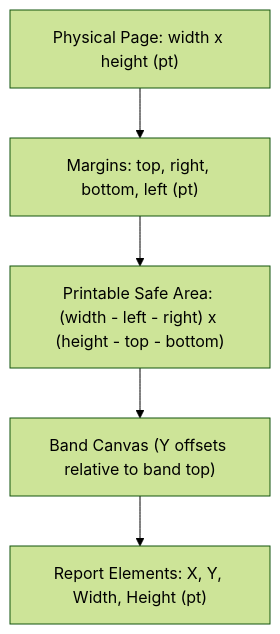
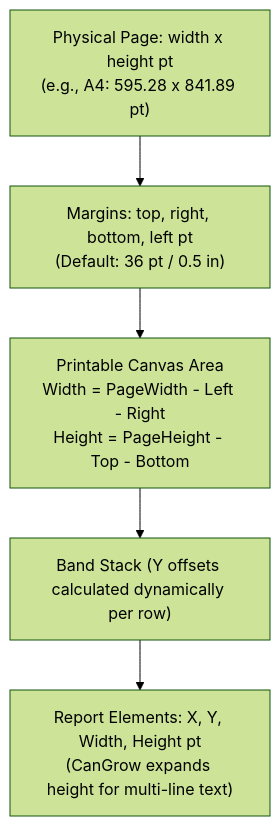
One commit to ssoad/OpenReport changed the second of 3 diagrams in docs/REPORT_SCHEMA.md. Above: the diagram before and after it, drawn with Mermaid (forest theme). The commit also changed other lines of this file and 19 other files, not shown here.

Commit message:
docs: fix github pages spa, add 24 visual mermaid diagrams, and complete doc guides

````diff
--- a/docs/REPORT_SCHEMA.md
+++ b/docs/REPORT_SCHEMA.md
@@ -99,13 +122,13 @@
 ```mermaid
 flowchart TD
-    PAGE["Physical Page: width x height (pt)"]
-    MARGINS["Margins: top, right, bottom, left (pt)"]
-    PRINTABLE["Printable Safe Area: (width - left - right) x (height - top - bottom)"]
-    BANDS["Band Canvas (Y offsets relative to band top)"]
-    ELEMENTS["Report Elements: X, Y, Width, Height (pt)"]
+    PAGE["Physical Page: width x height pt<br/>(e.g., A4: 595.28 x 841.89 pt)"]
+    MARGINS["Margins: top, right, bottom, left pt<br/>(Default: 36 pt / 0.5 in)"]
+    PRINTABLE["Printable Canvas Area<br/>Width = PageWidth - Left - Right<br/>Height = PageHeight - Top - Bottom"]
+    BANDS["Band Stack (Y offsets calculated dynamically per row)"]
+    ELEMENTS["Report Elements: X, Y, Width, Height pt<br/>(CanGrow expands height for multi-line text)"]
 
     PAGE --> MARGINS
     MARGINS --> PRINTABLE
     PRINTABLE --> BANDS
     BANDS --> ELEMENTS
 ```
````
